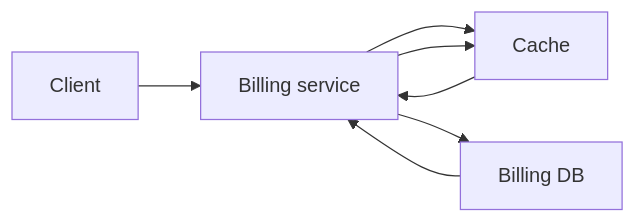
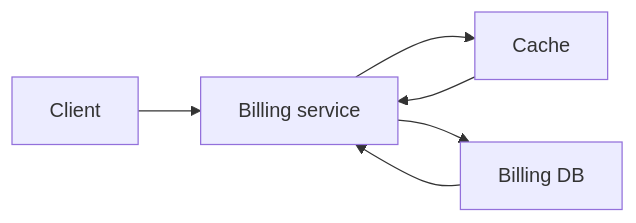
The ninth of 19 diagrams in content/lectures/Lec13/vitepress.md (Kert0n/KPO), drawn with Mermaid before and after one commit. The commit also changed other lines of this file, not shown here.

````diff
--- a/content/lectures/Lec13/vitepress.md
+++ b/content/lectures/Lec13/vitepress.md
@@ -997,9 +1051,8 @@
 ```mermaid
 flowchart LR
     Client["Client"] --> Billing["Billing service"]
     Billing --> Cache["Cache"]
     Cache --> Billing
     Billing --> DB["Billing DB"]
     DB --> Billing
-    Billing --> Cache
 ```
````
